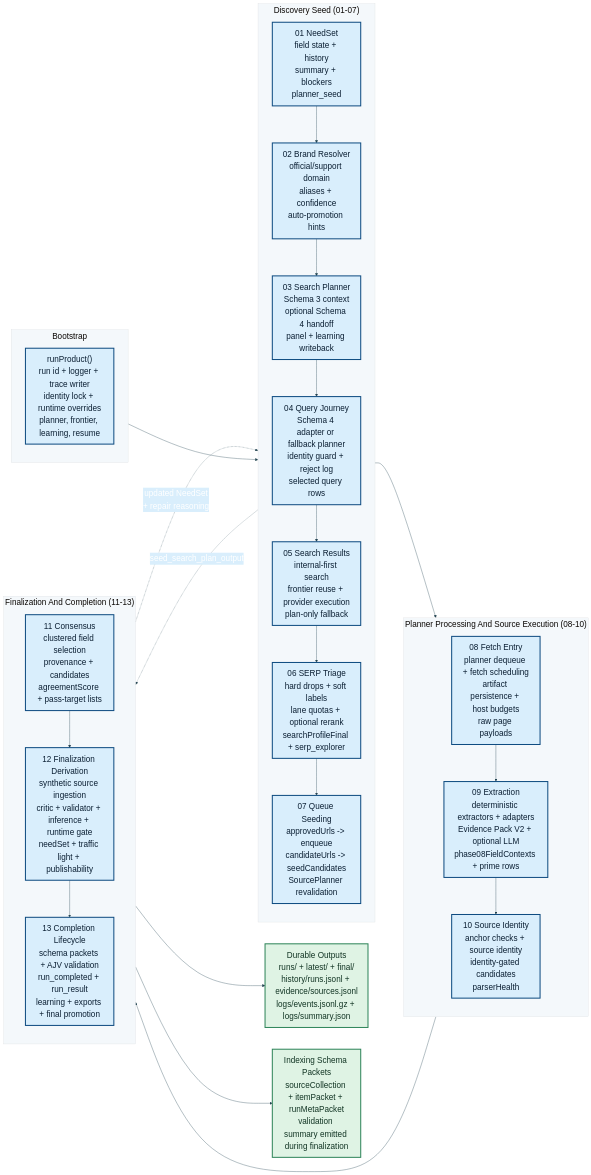
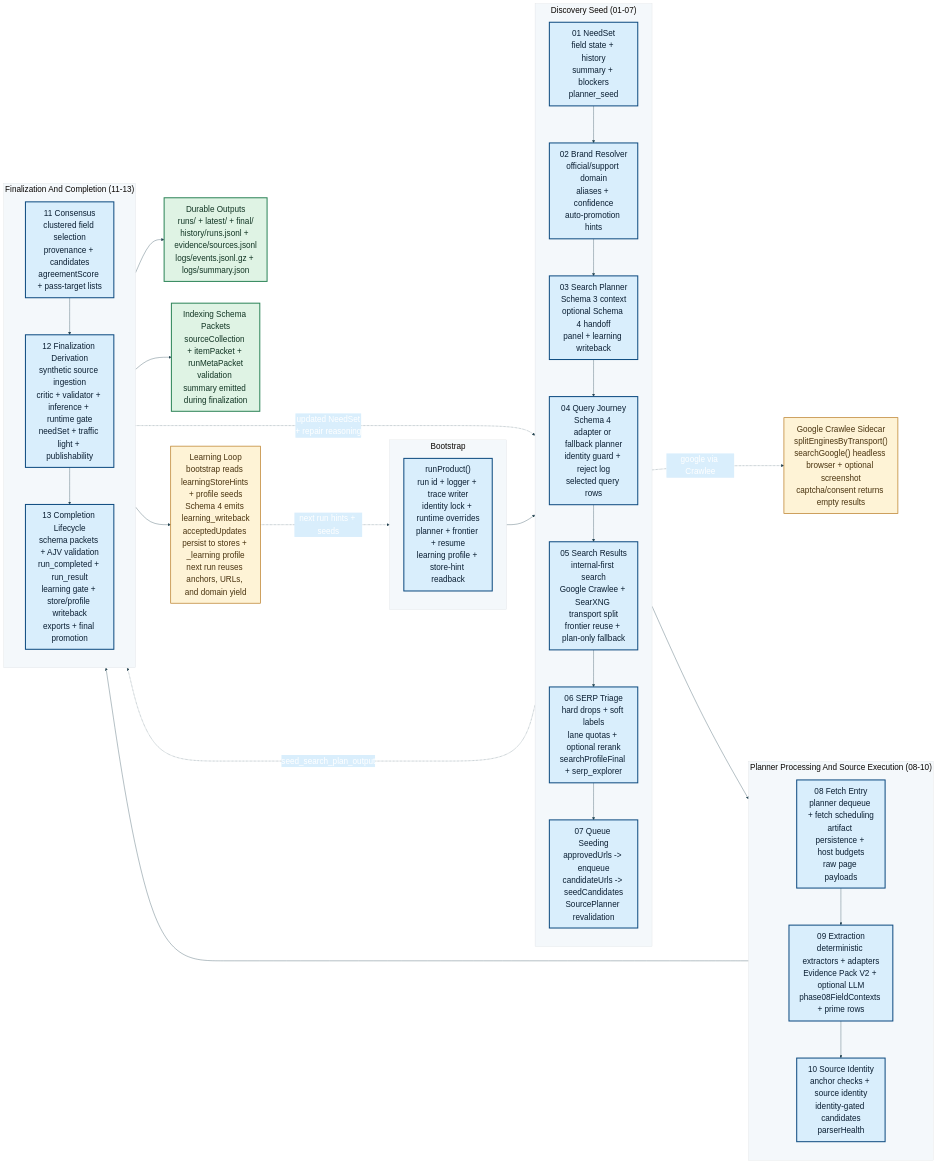
The diagram in docs/implementation/ai-indexing-plans/pipeline/FULL-PIPELINE-START-TO-FINISH.mmd (CdubVentures/Spec-Factory), drawn with Mermaid before and after one commit. The commit also changed 626 other files, not shown here.

```diff
--- a/docs/implementation/ai-indexing-plans/pipeline/FULL-PIPELINE-START-TO-FINISH.mmd
+++ b/docs/implementation/ai-indexing-plans/pipeline/FULL-PIPELINE-START-TO-FINISH.mmd
@@ -1,52 +1,59 @@
 %%{init: {'theme': 'base', 'themeVariables': { 'fontFamily': 'Segoe UI', 'fontSize': '24px', 'primaryColor': '#0f4c81', 'primaryTextColor': '#ffffff', 'primaryBorderColor': '#0a3558', 'secondaryColor': '#d9eefc', 'tertiaryColor': '#f4f8fb', 'lineColor': '#264653' }, 'flowchart': { 'curve': 'basis', 'nodeSpacing': 64, 'rankSpacing': 84 } }}%%
 
 flowchart LR
     subgraph BOOT["Bootstrap"]
         direction TB
-        B0["runProduct()<br/>run id + logger + trace writer<br/>identity lock + runtime overrides<br/>planner, frontier, learning, resume"]
+        B0["runProduct()<br/>run id + logger + trace writer<br/>identity lock + runtime overrides<br/>planner + frontier + resume<br/>learning profile + store-hint readback"]
     end
 
     subgraph DISCOVERY["Discovery Seed (01-07)"]
         direction TB
         S01["01 NeedSet<br/>field state + history<br/>summary + blockers<br/>planner_seed"]
         S02["02 Brand Resolver<br/>official/support domain<br/>aliases + confidence<br/>auto-promotion hints"]
         S03["03 Search Planner<br/>Schema 3 context<br/>optional Schema 4 handoff<br/>panel + learning writeback"]
         S04["04 Query Journey<br/>Schema 4 adapter or fallback planner<br/>identity guard + reject log<br/>selected query rows"]
-        S05["05 Search Results<br/>internal-first search<br/>frontier reuse + provider execution<br/>plan-only fallback"]
+        S05["05 Search Results<br/>internal-first search<br/>Google Crawlee + SearXNG transport split<br/>frontier reuse + plan-only fallback"]
         S06["06 SERP Triage<br/>hard drops + soft labels<br/>lane quotas + optional rerank<br/>searchProfileFinal + serp_explorer"]
         S07["07 Queue Seeding<br/>approvedUrls -> enqueue<br/>candidateUrls -> seedCandidates<br/>SourcePlanner revalidation"]
         S01 --> S02 --> S03 --> S04 --> S05 --> S06 --> S07
     end
 
     subgraph EXEC["Planner Processing And Source Execution (08-10)"]
         direction TB
         S08["08 Fetch Entry<br/>planner dequeue + fetch scheduling<br/>artifact persistence + host budgets<br/>raw page payloads"]
         S09["09 Extraction<br/>deterministic extractors + adapters<br/>Evidence Pack V2 + optional LLM<br/>phase08FieldContexts + prime rows"]
         S10["10 Source Identity<br/>anchor checks + source identity<br/>identity-gated candidates<br/>parserHealth"]
         S08 --> S09 --> S10
     end
 
     subgraph FINALIZE["Finalization And Completion (11-13)"]
         direction TB
         S11["11 Consensus<br/>clustered field selection<br/>provenance + candidates<br/>agreementScore + pass-target lists"]
         S12["12 Finalization Derivation<br/>synthetic source ingestion<br/>critic + validator + inference + runtime gate<br/>needSet + traffic light + publishability"]
-        S13["13 Completion Lifecycle<br/>schema packets + AJV validation<br/>run_completed + run_result<br/>learning + exports + final promotion"]
+        S13["13 Completion Lifecycle<br/>schema packets + AJV validation<br/>run_completed + run_result<br/>learning gate + store/profile writeback<br/>exports + final promotion"]
         S11 --> S12 --> S13
     end
 
     ART["Durable Outputs<br/>runs/ + latest/ + final/<br/>history/runs.jsonl + evidence/sources.jsonl<br/>logs/events.jsonl.gz + logs/summary.json"]
     SCHEMA["Indexing Schema Packets<br/>sourceCollection + itemPacket + runMetaPacket<br/>validation summary emitted during finalization"]
+    GOOGLE["Google Crawlee Sidecar<br/>splitEnginesByTransport()<br/>searchGoogle() headless browser + optional screenshot<br/>captcha/consent returns empty results"]
+    LEARN["Learning Loop<br/>bootstrap reads learningStoreHints + profile seeds<br/>Schema 4 emits learning_writeback<br/>acceptedUpdates persist to stores + _learning profile<br/>next run reuses anchors, URLs, and domain yield"]
 
     B0 --> DISCOVERY
     S07 --> EXEC
     S10 --> FINALIZE
+    S05 -.->|google via Crawlee| GOOGLE
     S03 -.->|seed_search_plan_output| S12
     S12 -.->|"updated NeedSet<br/>+ repair reasoning"| S01
     S13 --> ART
     S13 --> SCHEMA
+    S13 --> LEARN
+    LEARN -.->|next run hints + seeds| B0
 
     classDef phase fill:#d9eefc,stroke:#0f4c81,stroke-width:3px,color:#0b1f33
     classDef durable fill:#dff3e4,stroke:#2f855a,stroke-width:3px,color:#123524
+    classDef sidecar fill:#fef3d6,stroke:#b7791f,stroke-width:2px,color:#4a3410
 
     class B0,S01,S02,S03,S04,S05,S06,S07,S08,S09,S10,S11,S12,S13 phase
     class ART,SCHEMA durable
+    class GOOGLE,LEARN sidecar
```
